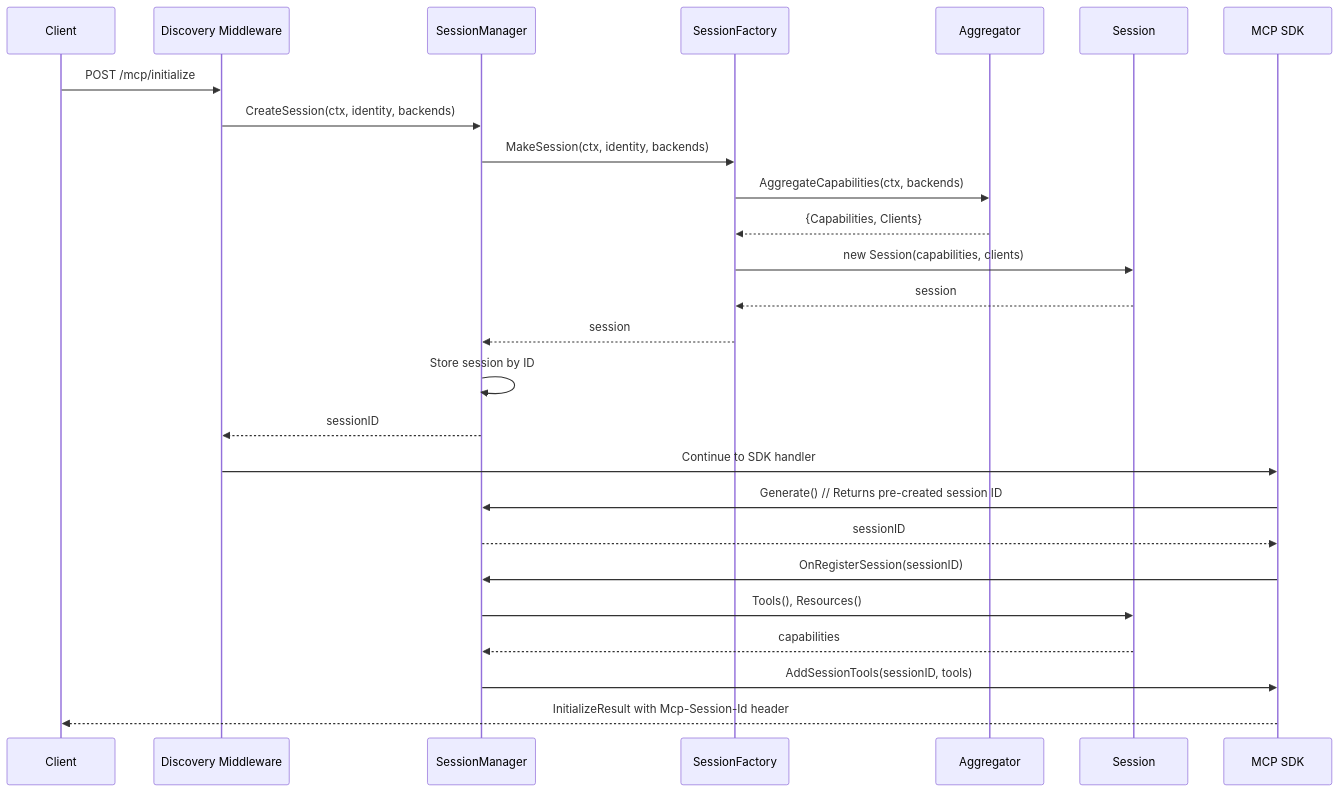
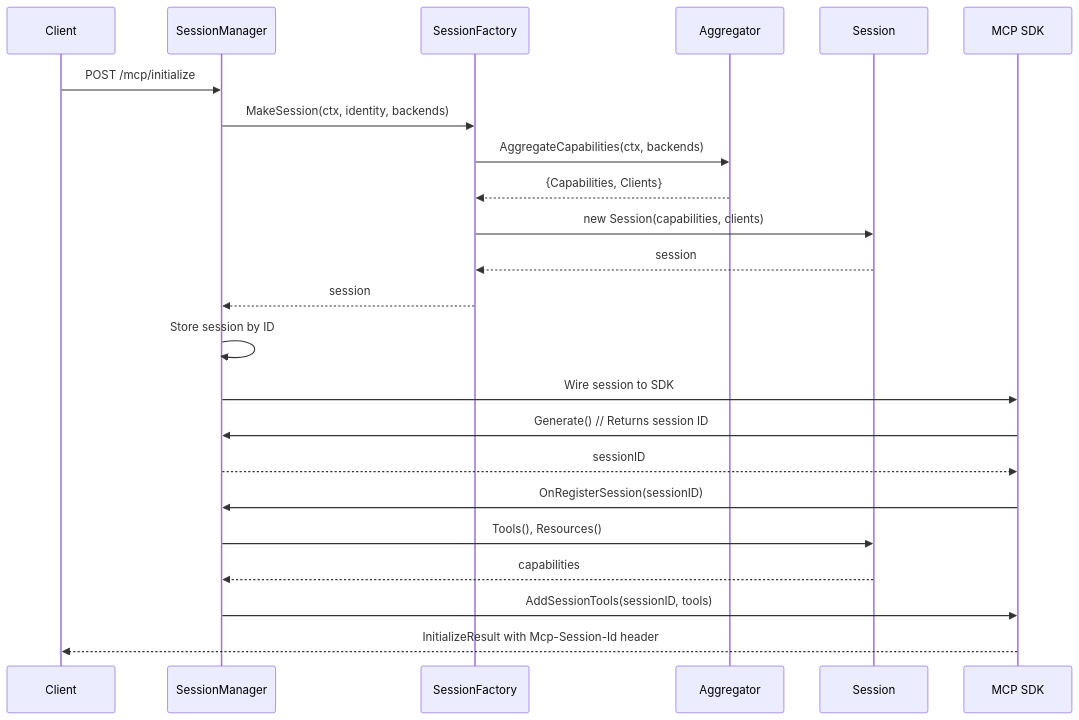
Before and after one commit to stacklok/toolhive-rfcs: the second of 2 diagrams in rfcs/THV-0038-session-scoped-client-lifecycle.md, drawn with Mermaid. The commit also changed other lines of this file, not shown here.

````diff
--- a/rfcs/THV-0038-session-scoped-client-lifecycle.md
+++ b/rfcs/THV-0038-session-scoped-client-lifecycle.md
@@ -158,29 +164,26 @@
 ```mermaid
 sequenceDiagram
     participant Client
-    participant DiscoveryMW as Discovery Middleware
     participant SessionMgr as SessionManager
     participant Factory as SessionFactory
     participant Aggregator
     participant Session
     participant SDK as MCP SDK
 
-    Client->>DiscoveryMW: POST /mcp/initialize
-    DiscoveryMW->>SessionMgr: CreateSession(ctx, identity, backends)
+    Client->>SessionMgr: POST /mcp/initialize
     SessionMgr->>Factory: MakeSession(ctx, identity, backends)
     Factory->>Aggregator: AggregateCapabilities(ctx, backends)
     Aggregator-->>Factory: {Capabilities, Clients}
     Factory->>Session: new Session(capabilities, clients)
     Session-->>Factory: session
     Factory-->>SessionMgr: session
     SessionMgr->>SessionMgr: Store session by ID
-    SessionMgr-->>DiscoveryMW: sessionID
-    DiscoveryMW->>SDK: Continue to SDK handler
-    SDK->>SessionMgr: Generate() // Returns pre-created session ID
+    SessionMgr->>SDK: Wire session to SDK
+    SDK->>SessionMgr: Generate() // Returns session ID
     SessionMgr-->>SDK: sessionID
     SDK->>SessionMgr: OnRegisterSession(sessionID)
     SessionMgr->>Session: Tools(), Resources()
     Session-->>SessionMgr: capabilities
     SessionMgr->>SDK: AddSessionTools(sessionID, tools)
     SDK-->>Client: InitializeResult with Mcp-Session-Id header
 ```
````
